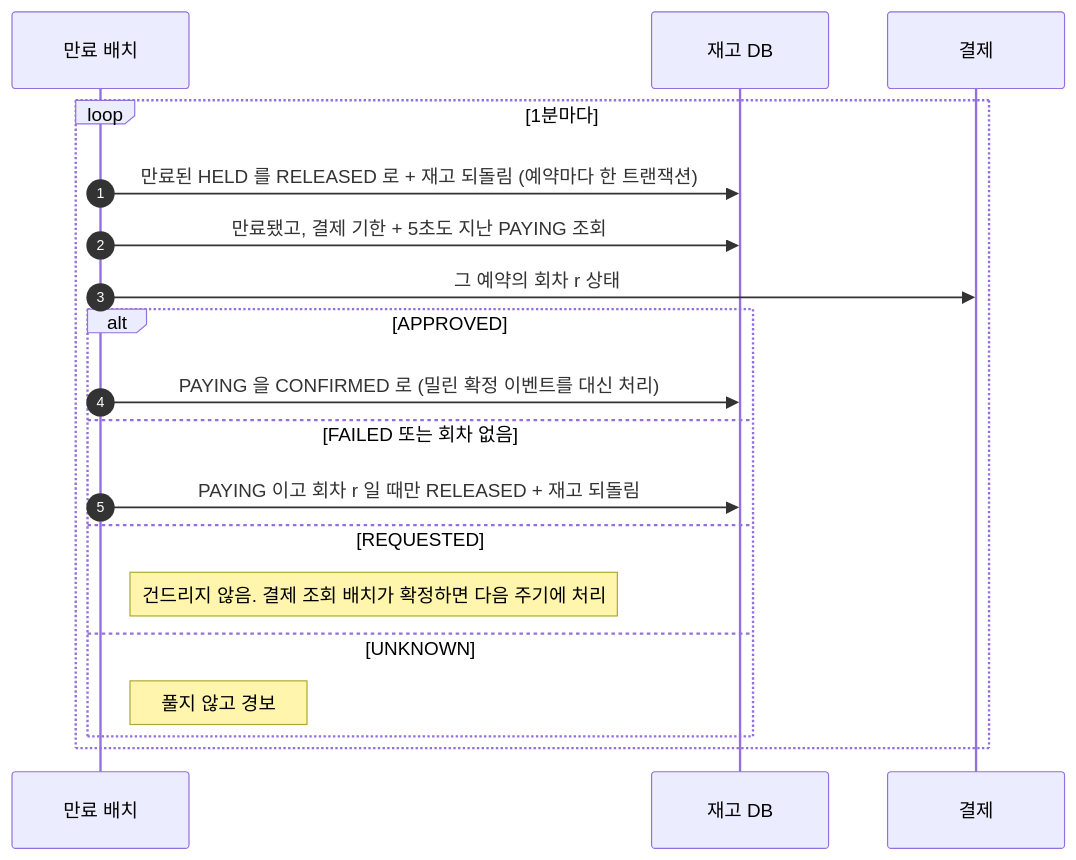
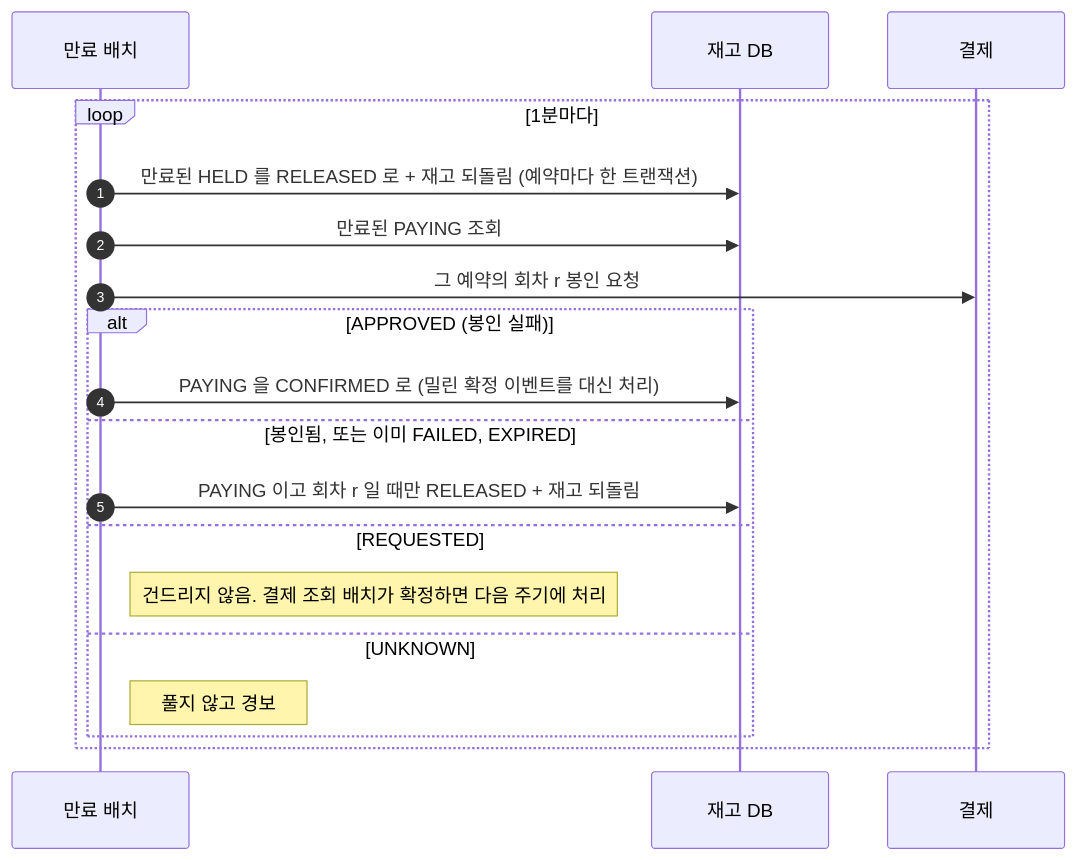
The third of 5 diagrams in docs/sequence/02-재고.md (Bamdule/dawn-delivery-commerce), drawn with Mermaid before and after one commit. The commit also changed other lines of this file and 16 other files, not shown here.

````diff
--- a/docs/sequence/02-재고.md
+++ b/docs/sequence/02-재고.md
@@ -80,22 +80,22 @@
 ```mermaid
 sequenceDiagram
     autonumber
     participant 만료 as 만료 배치
     participant 재고 as 재고 DB
     participant 결제
 
     loop 1분마다
         만료->>재고: 만료된 HELD 를 RELEASED 로 + 재고 되돌림 (예약마다 한 트랜잭션)
-        만료->>재고: 만료됐고, 결제 기한 + 5초도 지난 PAYING 조회
-        만료->>결제: 그 예약의 회차 r 상태
-        alt APPROVED
+        만료->>재고: 만료된 PAYING 조회
+        만료->>결제: 그 예약의 회차 r 봉인 요청
+        alt APPROVED (봉인 실패)
             만료->>재고: PAYING 을 CONFIRMED 로 (밀린 확정 이벤트를 대신 처리)
-        else FAILED 또는 회차 없음
+        else 봉인됨, 또는 이미 FAILED, EXPIRED
             만료->>재고: PAYING 이고 회차 r 일 때만 RELEASED + 재고 되돌림
         else REQUESTED
             Note right of 만료: 건드리지 않음. 결제 조회 배치가 확정하면 다음 주기에 처리
         else UNKNOWN
             Note right of 만료: 풀지 않고 경보
         end
     end
 ```
````
